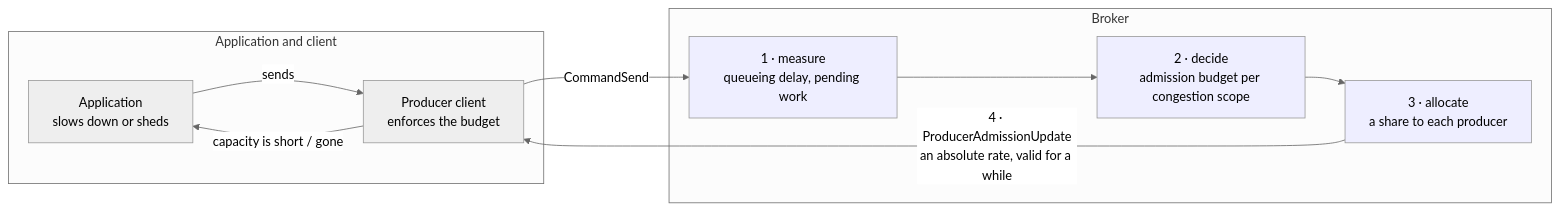
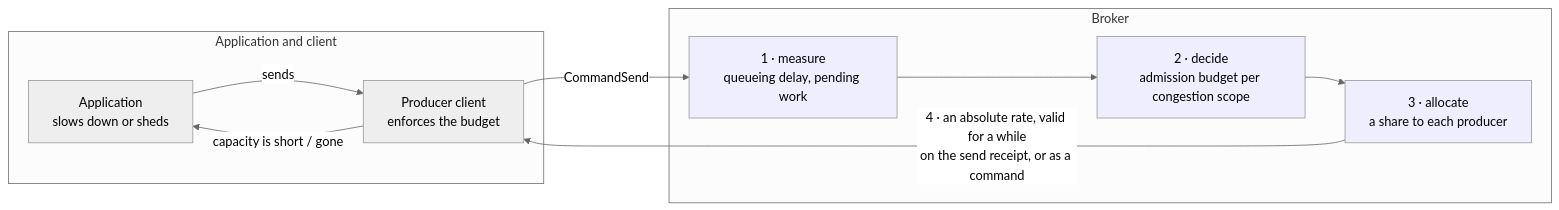
The first of 4 diagrams in pip/pip-495.md (lhotari/pulsar), drawn with Mermaid (neutral theme) before and after one commit. The commit also changed other lines of this file, not shown here.

````diff
--- a/pip/pip-495.md
+++ b/pip/pip-495.md
@@ -446,21 +446,21 @@
 ```mermaid
 flowchart LR
     subgraph AppSide["Application and client"]
       App["Application<br/>slows down or sheds"]
       Cli["Producer client<br/>enforces the budget"]
     end
     subgraph BrokerSide["Broker"]
       Meas["1 · measure<br/>queueing delay, pending work"]
       Ctl["2 · decide<br/>admission budget per congestion scope"]
       Alloc["3 · allocate<br/>a share to each producer"]
     end
 
     App -- "sends" --> Cli
     Cli -- "CommandSend" --> Meas
     Meas --> Ctl --> Alloc
-    Alloc -- "4 · ProducerAdmissionUpdate<br/>an absolute rate, valid for a while" --> Cli
+    Alloc -- "4 · an absolute rate, valid for a while<br/>on the send receipt, or as a command" --> Cli
     Cli -- "capacity is short / gone" --> App
 
     classDef m fill:#eef
     class Meas,Ctl,Alloc m
 ```
````
